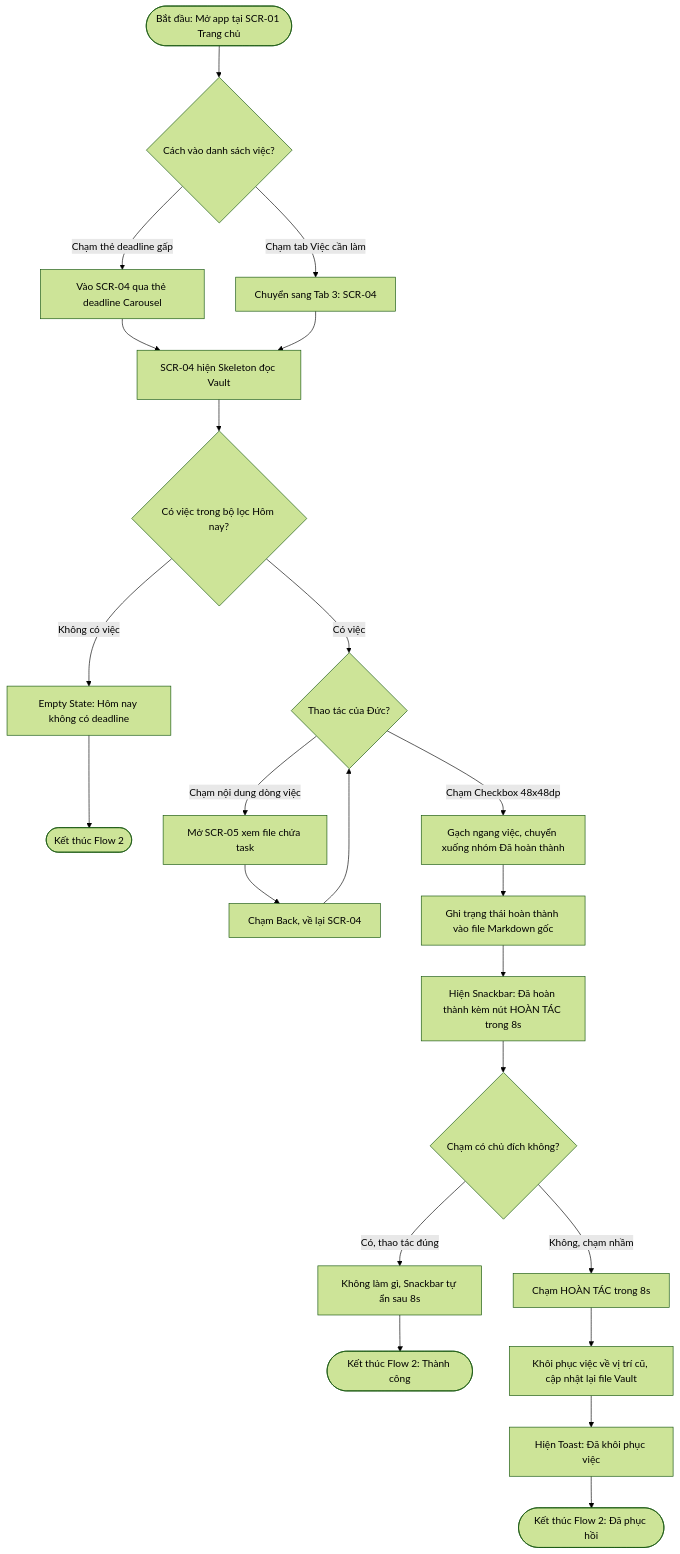
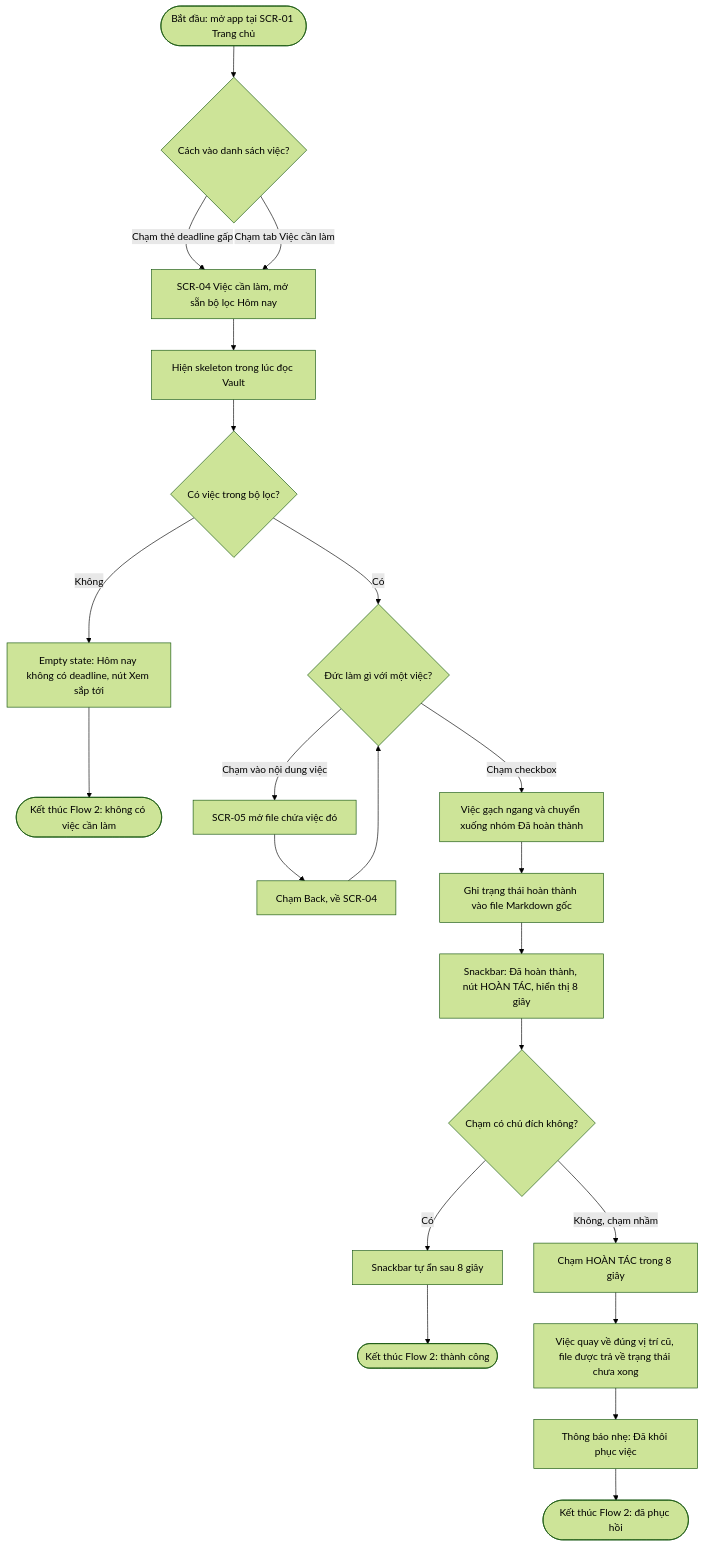
Before and after one commit to quanglong68/prm323-lab2-gr6: the second of 4 diagrams in user-flow.md, drawn with Mermaid (forest theme). The commit also changed other lines of this file and 1 other file, not shown here.

Commit message:
docs: finalize UX specs, 4 user flows, and design system token

````diff
--- a/user-flow.md
+++ b/user-flow.md
@@ -133,25 +129,24 @@
 ```mermaid
 flowchart TD
-    Start(["Bắt đầu: Mở app tại SCR-01 Trang chủ"]) --> AccessMethod{"Cách vào danh sách việc?"}
-    AccessMethod -->|Chạm thẻ deadline gấp| DirectTask["Vào SCR-04 qua thẻ deadline Carousel"]
-    AccessMethod -->|Chạm tab Việc cần làm| NavTasks["Chuyển sang Tab 3: SCR-04"]
-    DirectTask --> ShowLoading["SCR-04 hiện Skeleton đọc Vault"]
-    NavTasks --> ShowLoading
-    ShowLoading --> CheckTaskExists{"Có việc trong bộ lọc Hôm nay?"}
-    CheckTaskExists -->|Không có việc| EmptyTask["Empty State: Hôm nay không có deadline"]
-    EmptyTask --> EndFlow2Empty(["Kết thúc Flow 2"])
-    CheckTaskExists -->|Có việc| UserAction{"Thao tác của Đức?"}
-    UserAction -->|Chạm nội dung dòng việc| OpenFileInEditor["Mở SCR-05 xem file chứa task"]
-    OpenFileInEditor --> BackToTasks["Chạm Back, về lại SCR-04"]
-    BackToTasks --> UserAction
-    UserAction -->|Chạm Checkbox 48x48dp| MarkComplete["Gạch ngang việc, chuyển xuống nhóm Đã hoàn thành"]
-    MarkComplete --> WriteFileImmediate["Ghi trạng thái hoàn thành vào file Markdown gốc"]
-    WriteFileImmediate --> ShowUndoSnackbar["Hiện Snackbar: Đã hoàn thành kèm nút HOÀN TÁC trong 8s"]
-    ShowUndoSnackbar --> CheckMistake{"Chạm có chủ đích không?"}
-    CheckMistake -->|Có, thao tác đúng| WaitSnackbar["Không làm gì, Snackbar tự ẩn sau 8s"]
-    WaitSnackbar --> EndFlow2Success(["Kết thúc Flow 2: Thành công"])
-    CheckMistake -->|Không, chạm nhầm| TapUndo["Chạm HOÀN TÁC trong 8s"]
-    TapUndo --> RevertState["Khôi phục việc về vị trí cũ, cập nhật lại file Vault"]
-    RevertState --> ShowToastReverted["Hiện Toast: Đã khôi phục việc"]
-    ShowToastReverted --> EndFlow2Recovered(["Kết thúc Flow 2: Đã phục hồi"])
+    Start(["Bắt đầu: mở app tại SCR-01 Trang chủ"]) --> Entry{"Cách vào danh sách việc?"}
+    Entry -->|Chạm thẻ deadline gấp| ToTasks["SCR-04 Việc cần làm, mở sẵn bộ lọc Hôm nay"]
+    Entry -->|Chạm tab Việc cần làm| ToTasks
+    ToTasks --> Loading["Hiện skeleton trong lúc đọc Vault"]
+    Loading --> HasTasks{"Có việc trong bộ lọc?"}
+    HasTasks -->|Không| EmptyState["Empty state: Hôm nay không có deadline, nút Xem sắp tới"]
+    EmptyState --> EndEmpty(["Kết thúc Flow 2: không có việc cần làm"])
+    HasTasks -->|Có| Pick{"Đức làm gì với một việc?"}
+    Pick -->|Chạm vào nội dung việc| OpenFile["SCR-05 mở file chứa việc đó"]
+    OpenFile --> BackList["Chạm Back, về SCR-04"]
+    BackList --> Pick
+    Pick -->|Chạm checkbox| Done["Việc gạch ngang và chuyển xuống nhóm Đã hoàn thành"]
+    Done --> Write["Ghi trạng thái hoàn thành vào file Markdown gốc"]
+    Write --> Snack["Snackbar: Đã hoàn thành, nút HOÀN TÁC, hiển thị 8 giây"]
+    Snack --> Intent{"Chạm có chủ đích không?"}
+    Intent -->|Có| Auto["Snackbar tự ẩn sau 8 giây"]
+    Auto --> EndOk(["Kết thúc Flow 2: thành công"])
+    Intent -->|Không, chạm nhầm| Undo["Chạm HOÀN TÁC trong 8 giây"]
+    Undo --> Restore["Việc quay về đúng vị trí cũ, file được trả về trạng thái chưa xong"]
+    Restore --> Toast["Thông báo nhẹ: Đã khôi phục việc"]
+    Toast --> EndRecover(["Kết thúc Flow 2: đã phục hồi"])
 ```
````
